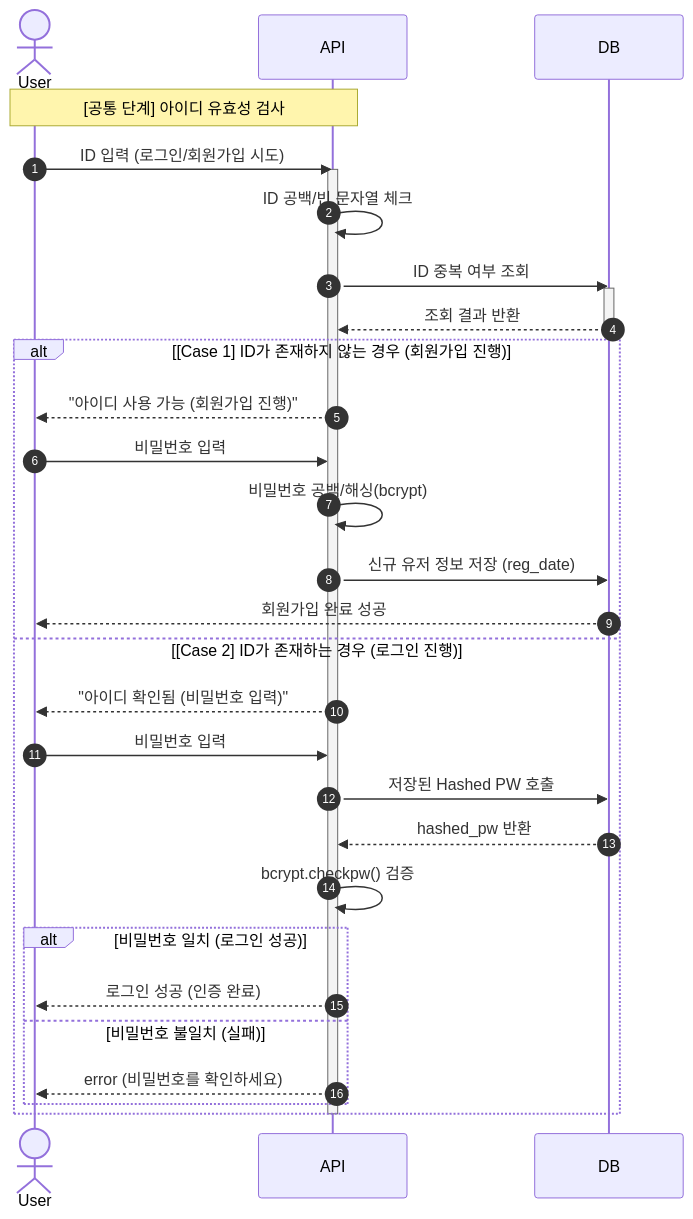
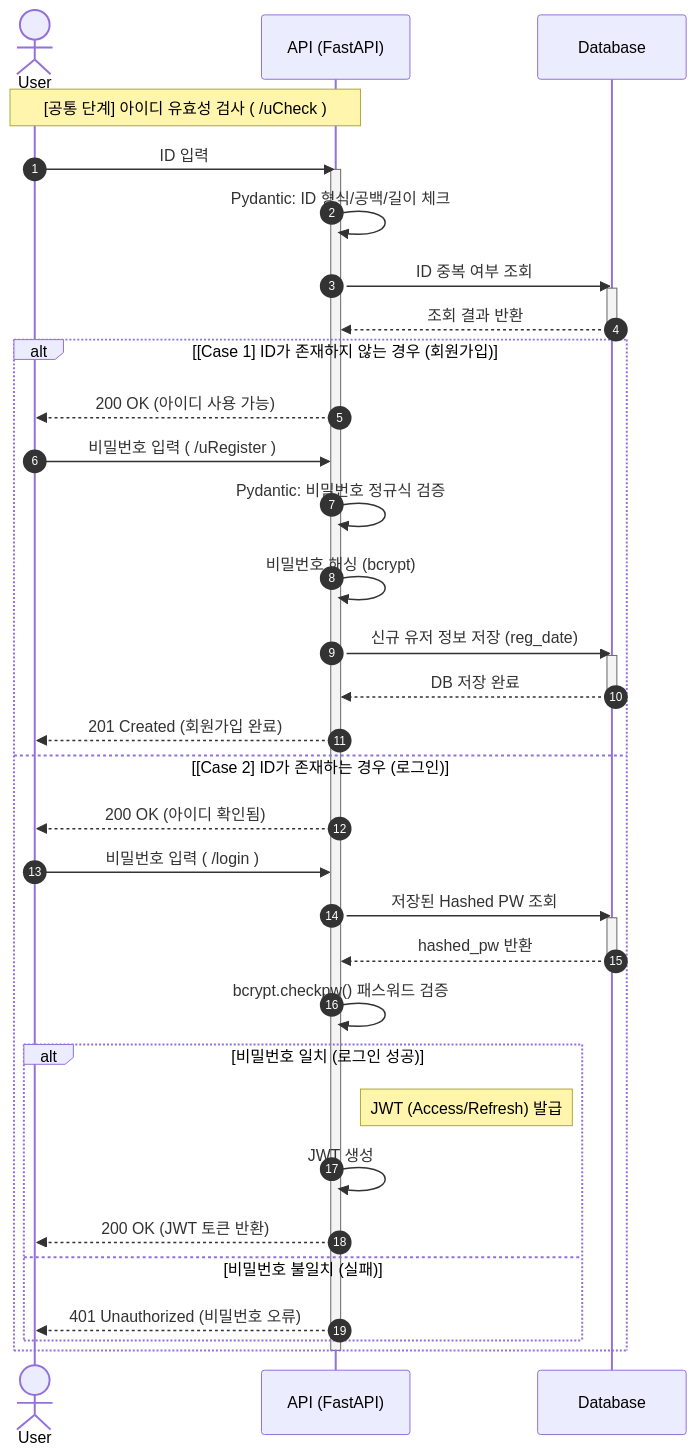
The diagram in docs/auth_flow.md (Tae-Geon-Kim/FastAPI-Community-Backend), drawn with Mermaid before and after one commit. The commit also changed 3 other files, not shown here.

Commit message:
docs: 수정, 추가된 기능에 따른 시스템 다큐먼트 mermaid 파일 총 수정

````diff
--- a/docs/auth_flow.md
+++ b/docs/auth_flow.md
@@ -1,43 +1,48 @@
 ```mermaid
 sequenceDiagram
-autonumber
-actor U as User
-participant A as API
-participant D as DB
+    autonumber
+    actor U as User
+    participant A as API (FastAPI)
+    participant D as Database
 
-Note over U, A: [공통 단계] 아이디 유효성 검사
+    Note over U, A: [공통 단계] 아이디 유효성 검사 ( /uCheck )
 
-U->>A: ID 입력 (로그인/회원가입 시도)
-activate A
-A->>A: ID 공백/빈 문자열 체크
-A->>D: ID 중복 여부 조회
-activate D
-D-->>A: 조회 결과 반환
-deactivate D
+    U->>A: ID 입력
+    activate A
+    A->>A: Pydantic: ID 형식/공백/길이 체크
+    A->>D: ID 중복 여부 조회
+    activate D
+    D-->>A: 조회 결과 반환
+    deactivate D
 
-alt [Case 1] ID가 존재하지 않는 경우 (회원가입 진행)
-A-->>U: "아이디 사용 가능 (회원가입 진행)"
-U->>A: 비밀번호 입력
-A->>A: 비밀번호 공백/해싱(bcrypt)
-A->>D: 신규 유저 정보 저장 (reg_date)
-D-->>U: 회원가입 완료 성공
+    alt [Case 1] ID가 존재하지 않는 경우 (회원가입)
+        A-->>U: 200 OK (아이디 사용 가능)
+        U->>A: 비밀번호 입력 ( /uRegister )
+        A->>A: Pydantic: 비밀번호 정규식 검증
+        A->>A: 비밀번호 해싱 (bcrypt)
+        A->>D: 신규 유저 정보 저장 (reg_date)
+        activate D
+        D-->>A: DB 저장 완료
+        deactivate D
+        A-->>U: 201 Created (회원가입 완료)
 
+    else [Case 2] ID가 존재하는 경우 (로그인)
+        A-->>U: 200 OK (아이디 확인됨)
+        U->>A: 비밀번호 입력 ( /login )
+        A->>D: 저장된 Hashed PW 조회
+        activate D
+        D-->>A: hashed_pw 반환
+        deactivate D
+        
+        A->>A: bcrypt.checkpw() 패스워드 검증
 
-else [Case 2] ID가 존재하는 경우 (로그인 진행)
-A-->>U: "아이디 확인됨 (비밀번호 입력)"
-U->>A: 비밀번호 입력
-A->>D: 저장된 Hashed PW 호출
-D-->>A: hashed_pw 반환
-A->>A: bcrypt.checkpw() 검증
-
-
-alt 비밀번호 일치 (로그인 성공)
-A-->>U: 로그인 성공 (인증 완료)
-
-else 비밀번호 불일치 (실패)
-A-->>U: error (비밀번호를 확인하세요)
-
-end
-end
-deactivate A
+        alt 비밀번호 일치 (로그인 성공)
+            Note right of A: JWT (Access/Refresh) 발급
+            A->>A: JWT 생성 
+            A-->>U: 200 OK (JWT 토큰 반환)
+        else 비밀번호 불일치 (실패)
+            A-->>U: 401 Unauthorized (비밀번호 오류)
+        end
+    end
+    deactivate A
 ```
````
